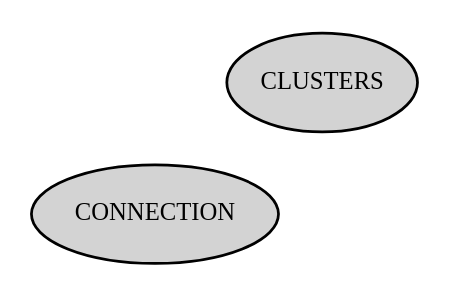
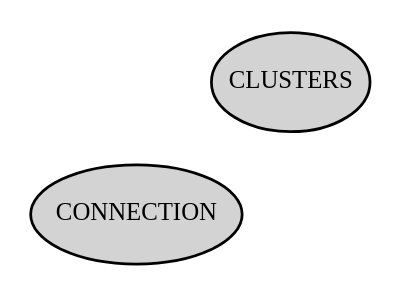
One commit to wizicer/SJTU-Algorithm-DataCenterNetwork changed the diagram in template.dot. Above: the diagram before and after it, drawn with Graphviz. The commit also changed 7 other files, not shown here.

```diff
--- a/template.dot
+++ b/template.dot
@@ -1,30 +1,30 @@
 digraph G {
   //graph settings
   graph [
     charset = "UTF-8";
     labelloc = "t",
     labeljust = "c",
     bgcolor = "#ffffff",
     fontcolor = black,
     fontsize = 12,
     style = "filled",
     rankdir = LR,
     margin = 0.1,
     nodesep = 0.5,
     ranksep = 0.8,
     compound = true
     layout = fdp
   ];
   // node common settings
   node [
     fontsize = 9,
-    margin = 0.05,
+    margin = 0.01,
     style = "solid,filled"
   ];
 
 {{CLUSTERS}}
 
 {{CONNECTION}}
 
 
 }
```
